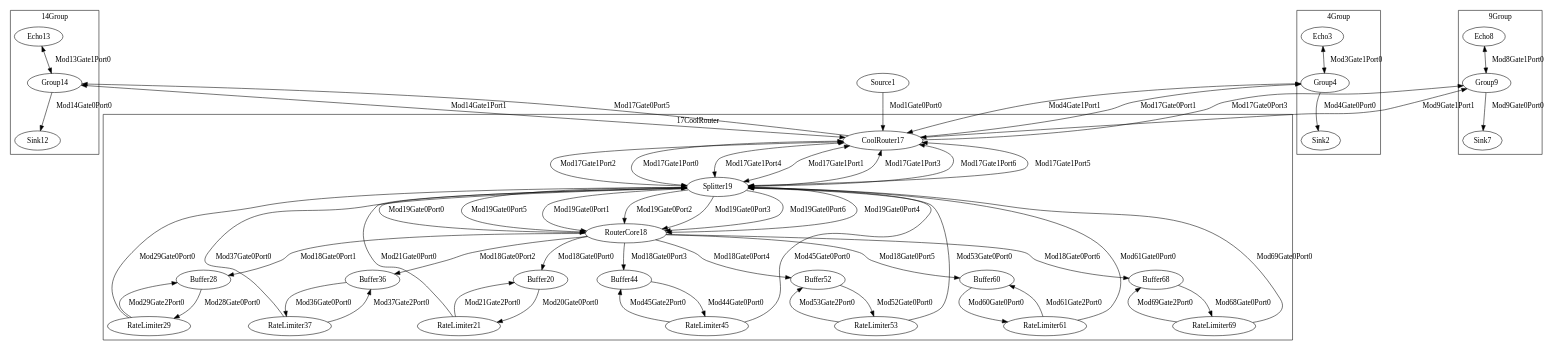
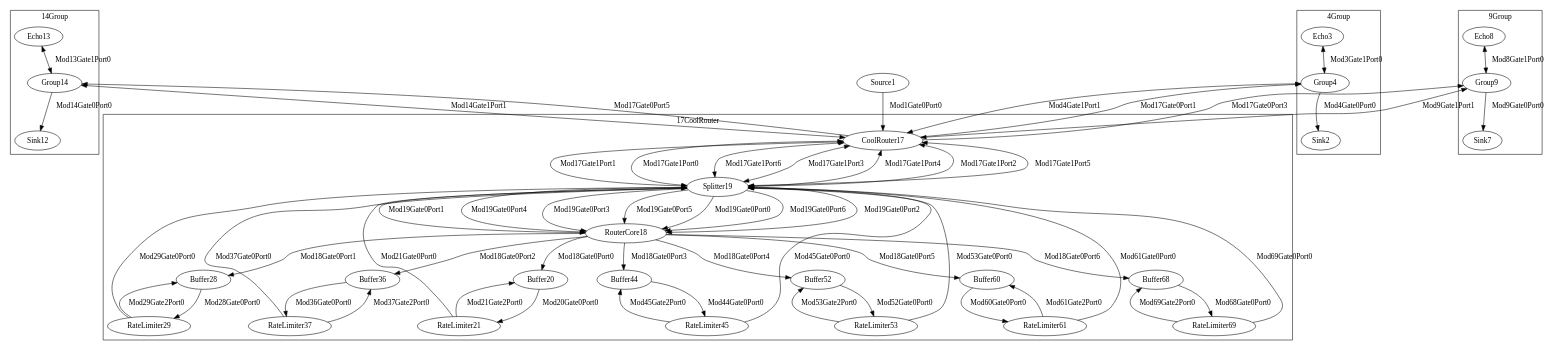
One commit to KillingSpark/rs-event-sim changed the diagram in graph.dot. Above: the diagram before and after it, drawn with Graphviz. The commit also changed other lines of this file and 3 other files, not shown here.

```diff
--- a/graph.dot
+++ b/graph.dot
@@ -1,96 +1,96 @@
 digraph {
 	1[label=Source1];
 	subgraph cluster_4 { 
 	label="4Group";
 	4[label=Group4];
 		3[label=Echo3];
 		2[label=Sink2];
 	 }
 	subgraph cluster_9 { 
 	label="9Group";
 	9[label=Group9];
 		8[label=Echo8];
 		7[label=Sink7];
 	 }
 	subgraph cluster_14 { 
 	label="14Group";
 	14[label=Group14];
 		13[label=Echo13];
 		12[label=Sink12];
 	 }
 	subgraph cluster_17 { 
 	label="17CoolRouter";
 	17[label=CoolRouter17];
 		18[label=RouterCore18];
 		19[label=Splitter19];
 		20[label=Buffer20];
 		21[label=RateLimiter21];
 		28[label=Buffer28];
 		29[label=RateLimiter29];
 		36[label=Buffer36];
 		37[label=RateLimiter37];
 		44[label=Buffer44];
 		45[label=RateLimiter45];
 		52[label=Buffer52];
 		53[label=RateLimiter53];
 		60[label=Buffer60];
 		61[label=RateLimiter61];
 		68[label=Buffer68];
 		69[label=RateLimiter69];
 	 }
+	44 -> 45[label=Mod44Gate0Port0];
+	9 -> 17[dir="both",label=Mod9Gate1Port1];
+	9 -> 7[label=Mod9Gate0Port0];
+	37 -> 19[label=Mod37Gate0Port0];
 	37 -> 36[label=Mod37Gate2Port0];
-	37 -> 19[label=Mod37Gate0Port0];
-	9 -> 7[label=Mod9Gate0Port0];
-	9 -> 17[dir="both",label=Mod9Gate1Port1];
+	8 -> 9[dir="both",label=Mod8Gate1Port0];
 	1 -> 17[label=Mod1Gate0Port0];
-	44 -> 45[label=Mod44Gate0Port0];
-	20 -> 21[label=Mod20Gate0Port0];
+	19 -> 18[label=Mod19Gate0Port1];
+	19 -> 18[label=Mod19Gate0Port4];
+	19 -> 18[label=Mod19Gate0Port3];
+	19 -> 18[label=Mod19Gate0Port5];
+	19 -> 18[label=Mod19Gate0Port0];
+	19 -> 18[label=Mod19Gate0Port6];
+	19 -> 18[label=Mod19Gate0Port2];
+	4 -> 17[dir="both",label=Mod4Gate1Port1];
+	4 -> 2[label=Mod4Gate0Port0];
+	21 -> 20[label=Mod21Gate2Port0];
+	21 -> 19[label=Mod21Gate0Port0];
+	69 -> 19[label=Mod69Gate0Port0];
+	69 -> 68[label=Mod69Gate2Port0];
+	13 -> 14[dir="both",label=Mod13Gate1Port0];
 	29 -> 28[label=Mod29Gate2Port0];
 	29 -> 19[label=Mod29Gate0Port0];
+	60 -> 61[label=Mod60Gate0Port0];
+	14 -> 17[dir="both",label=Mod14Gate1Port1];
+	14 -> 12[label=Mod14Gate0Port0];
+	53 -> 19[label=Mod53Gate0Port0];
+	53 -> 52[label=Mod53Gate2Port0];
+	17 -> 19[dir="both",label=Mod17Gate1Port1];
+	17 -> 19[dir="both",label=Mod17Gate1Port0];
+	17 -> 19[dir="both",label=Mod17Gate1Port6];
+	17 -> 19[dir="both",label=Mod17Gate1Port3];
+	17 -> 19[dir="both",label=Mod17Gate1Port4];
+	17 -> 19[dir="both",label=Mod17Gate1Port2];
+	17 -> 19[dir="both",label=Mod17Gate1Port5];
+	17 -> 4[label=Mod17Gate0Port1];
+	17 -> 9[label=Mod17Gate0Port3];
+	17 -> 14[label=Mod17Gate0Port5];
+	3 -> 4[dir="both",label=Mod3Gate1Port0];
+	20 -> 21[label=Mod20Gate0Port0];
+	68 -> 69[label=Mod68Gate0Port0];
+	18 -> 60[label=Mod18Gate0Port5];
+	18 -> 20[label=Mod18Gate0Port0];
+	18 -> 52[label=Mod18Gate0Port4];
+	18 -> 28[label=Mod18Gate0Port1];
 	18 -> 68[label=Mod18Gate0Port6];
 	18 -> 36[label=Mod18Gate0Port2];
-	18 -> 20[label=Mod18Gate0Port0];
-	18 -> 28[label=Mod18Gate0Port1];
 	18 -> 44[label=Mod18Gate0Port3];
-	18 -> 52[label=Mod18Gate0Port4];
-	18 -> 60[label=Mod18Gate0Port5];
+	52 -> 53[label=Mod52Gate0Port0];
+	36 -> 37[label=Mod36Gate0Port0];
 	28 -> 29[label=Mod28Gate0Port0];
-	68 -> 69[label=Mod68Gate0Port0];
-	13 -> 14[dir="both",label=Mod13Gate1Port0];
-	4 -> 2[label=Mod4Gate0Port0];
-	4 -> 17[dir="both",label=Mod4Gate1Port1];
-	52 -> 53[label=Mod52Gate0Port0];
-	53 -> 19[label=Mod53Gate0Port0];
-	53 -> 52[label=Mod53Gate2Port0];
-	19 -> 18[label=Mod19Gate0Port0];
-	19 -> 18[label=Mod19Gate0Port5];
-	19 -> 18[label=Mod19Gate0Port1];
-	19 -> 18[label=Mod19Gate0Port2];
-	19 -> 18[label=Mod19Gate0Port3];
-	19 -> 18[label=Mod19Gate0Port6];
-	19 -> 18[label=Mod19Gate0Port4];
+	61 -> 19[label=Mod61Gate0Port0];
 	61 -> 60[label=Mod61Gate2Port0];
-	61 -> 19[label=Mod61Gate0Port0];
-	21 -> 19[label=Mod21Gate0Port0];
-	21 -> 20[label=Mod21Gate2Port0];
-	36 -> 37[label=Mod36Gate0Port0];
-	14 -> 17[dir="both",label=Mod14Gate1Port1];
-	14 -> 12[label=Mod14Gate0Port0];
-	60 -> 61[label=Mod60Gate0Port0];
+	45 -> 44[label=Mod45Gate2Port0];
 	45 -> 19[label=Mod45Gate0Port0];
-	45 -> 44[label=Mod45Gate2Port0];
-	8 -> 9[dir="both",label=Mod8Gate1Port0];
-	69 -> 68[label=Mod69Gate2Port0];
-	69 -> 19[label=Mod69Gate0Port0];
-	17 -> 9[label=Mod17Gate0Port3];
-	17 -> 14[label=Mod17Gate0Port5];
-	17 -> 4[label=Mod17Gate0Port1];
-	17 -> 19[dir="both",label=Mod17Gate1Port2];
-	17 -> 19[dir="both",label=Mod17Gate1Port0];
-	17 -> 19[dir="both",label=Mod17Gate1Port4];
-	17 -> 19[dir="both",label=Mod17Gate1Port1];
-	17 -> 19[dir="both",label=Mod17Gate1Port3];
-	17 -> 19[dir="both",label=Mod17Gate1Port6];
-	17 -> 19[dir="both",label=Mod17Gate1Port5];
-	3 -> 4[dir="both",label=Mod3Gate1Port0];
 }
```
